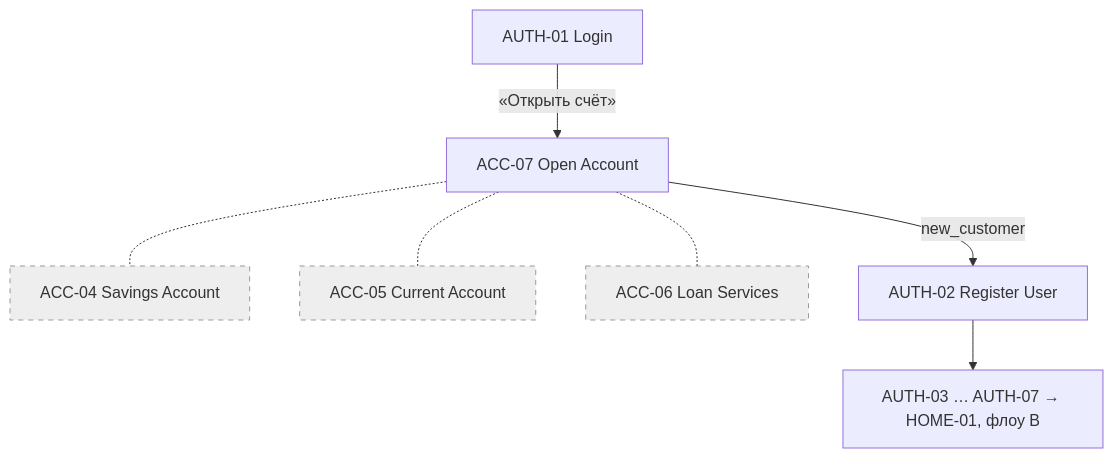
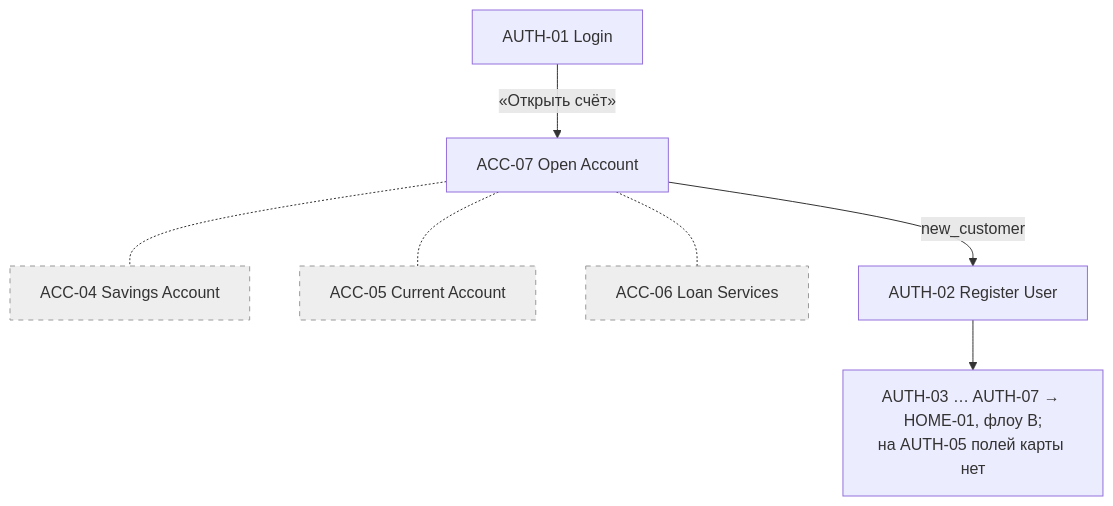
Before and after one commit to Shustrjak/claude_repo: the sixth of 7 diagrams in docs/ui/USER_FLOWS.md, drawn with Mermaid. The commit also changed other lines of this file and 4 other files, not shown here.

````diff
--- a/docs/ui/USER_FLOWS.md
+++ b/docs/ui/USER_FLOWS.md
@@ -175,11 +179,11 @@
 ```mermaid
 flowchart TD
   AUTH01[AUTH-01 Login] -- "«Открыть счёт»" --> ACC07[ACC-07 Open Account]
   ACC07 -.- ACC04[ACC-04 Savings Account]
   ACC07 -.- ACC05[ACC-05 Current Account]
   ACC07 -.- ACC06[ACC-06 Loan Services]
   ACC07 -- new_customer --> AUTH02[AUTH-02 Register User]
-  AUTH02 --> REST[AUTH-03 … AUTH-07 → HOME-01, флоу B]
+  AUTH02 --> REST[AUTH-03 … AUTH-07 → HOME-01, флоу B;<br/>на AUTH-05 полей карты нет]
   classDef disabled fill:#eee,stroke:#999,stroke-dasharray: 5 5
   class ACC04,ACC05,ACC06 disabled
 ```
````
